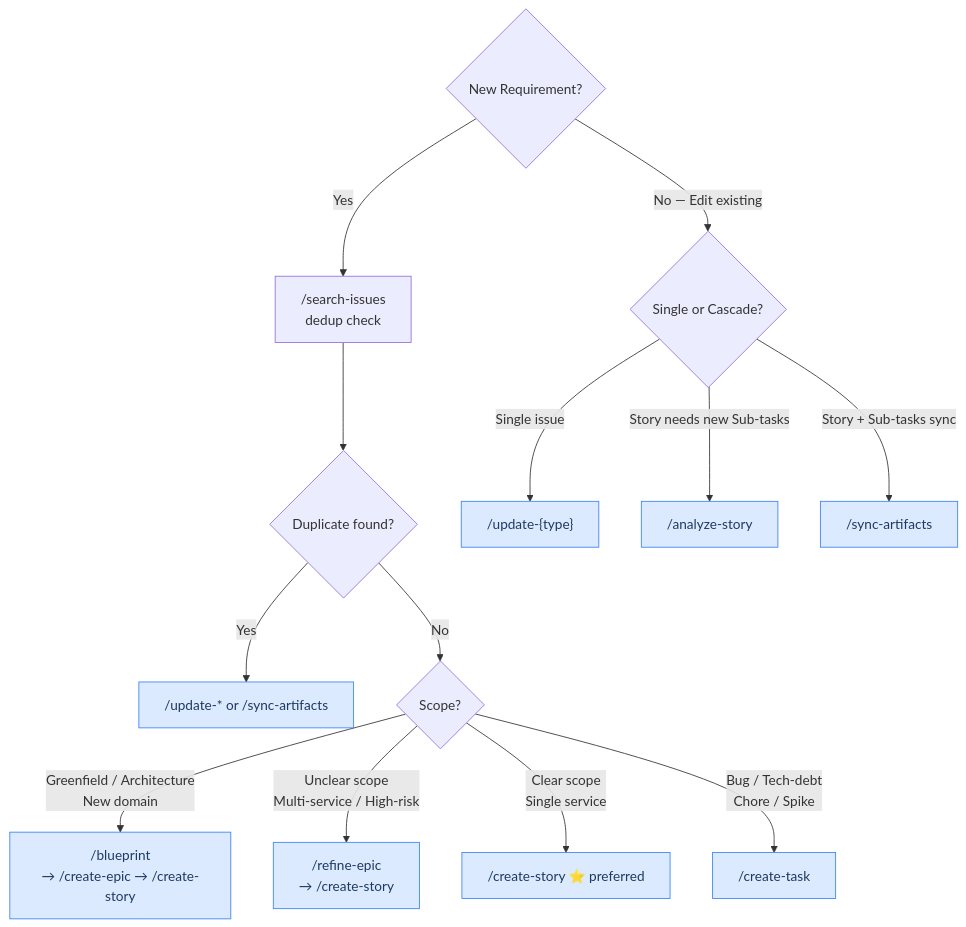
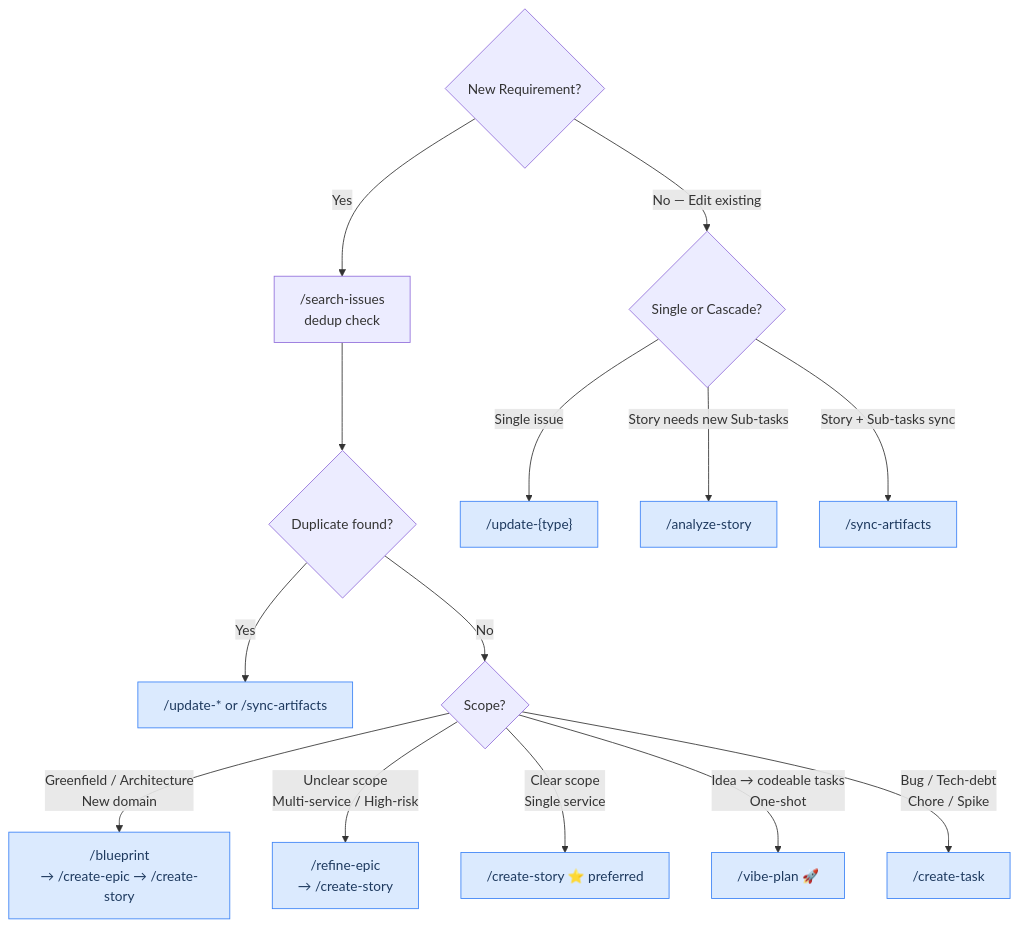
One commit to wasikarn/atlassian-pm changed the first of 2 diagrams in references/skill-orchestration.md. Above: the diagram before and after it, drawn with Mermaid. The commit also changed other lines of this file and 4 other files, not shown here.

````diff
--- a/references/skill-orchestration.md
+++ b/references/skill-orchestration.md
@@ -68,21 +74,22 @@
 ```mermaid
 flowchart TD
     A{New Requirement?} -->|Yes| B["/search-issues\ndedup check"]
     A -->|"No — Edit existing"| C{Single or Cascade?}
 
     B --> D{Duplicate found?}
     D -->|Yes| E["/update-* or /sync-artifacts"]
     D -->|No| F{Scope?}
 
     F -->|"Greenfield / Architecture\nNew domain"| G["/blueprint\n→ /create-epic → /create-story"]
     F -->|"Unclear scope\nMulti-service / High-risk"| H["/refine-epic\n→ /create-story"]
     F -->|"Clear scope\nSingle service"| I["/create-story ⭐ preferred"]
+    F -->|"Idea → codeable tasks\nOne-shot"| V["/vibe-plan 🚀"]
     F -->|"Bug / Tech-debt\nChore / Spike"| J["/create-task"]
 
     C -->|Single issue| K["/update-{type}"]
     C -->|"Story needs new Sub-tasks"| L["/analyze-story"]
     C -->|"Story + Sub-tasks sync"| M["/sync-artifacts"]
 
     classDef skill fill:#dbeafe,stroke:#3b82f6,color:#1e3a5f
-    class E,G,H,I,J,K,L,M skill
+    class E,G,H,I,J,K,L,M,V skill
 ```
````
